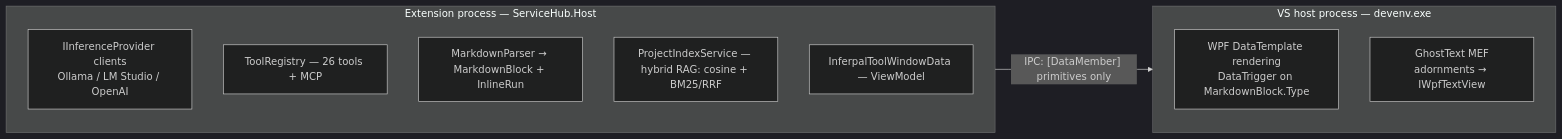
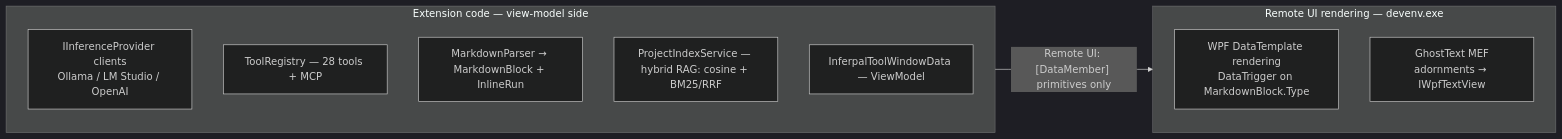
The first of 2 diagrams in docs/architecture.md (EstaxNet/Inferpal), drawn with Mermaid (dark theme) before and after one commit. The commit also changed other lines of this file and 175 other files, not shown here.

````diff
--- a/docs/architecture.md
+++ b/docs/architecture.md
@@ -33,15 +35,15 @@
 ```mermaid
 flowchart LR
-    subgraph host["Extension process — ServiceHub.Host"]
+    subgraph host["Extension code — view-model side"]
         prov[IInferenceProvider clients<br/>Ollama / LM Studio / OpenAI]
-        reg[ToolRegistry — 26 tools + MCP]
+        reg[ToolRegistry — 28 tools + MCP]
         md[MarkdownParser → MarkdownBlock + InlineRun]
         rag[ProjectIndexService — hybrid RAG: cosine + BM25/RRF]
         vm[InferpalToolWindowData — ViewModel]
     end
-    subgraph dev["VS host process — devenv.exe"]
+    subgraph dev["Remote UI rendering — devenv.exe"]
         wpf[WPF DataTemplate rendering<br/>DataTrigger on MarkdownBlock.Type]
         ghost[GhostText MEF<br/>adornments → IWpfTextView]
     end
-    host -- "IPC: [DataMember] primitives only" --> dev
+    host -- "Remote UI: [DataMember] primitives only" --> dev
 ```
````
